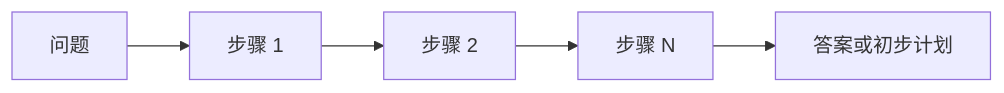
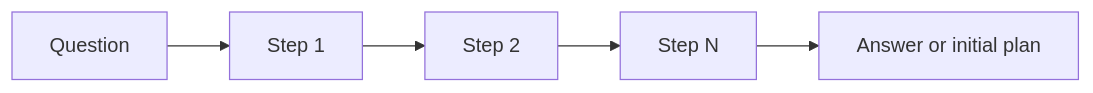
The third of 17 diagrams in docs/agent/02-reasoning-planning/11-llm-agent-planning.md (oneleaveknowsthefall/awesome-ai-roadmap), drawn with Mermaid before and after one commit. The commit also changed other lines of this file and 68 other files, not shown here.

````diff
--- a/docs/agent/02-reasoning-planning/11-llm-agent-planning.md
+++ b/docs/agent/02-reasoning-planning/11-llm-agent-planning.md
@@ -189,7 +189,7 @@
 ```mermaid
 flowchart LR
-    Q[问题] --> S1[步骤 1]
-    S1 --> S2[步骤 2]
-    S2 --> S3[步骤 N]
-    S3 --> A[答案或初步计划]
+    Q[Question] --> S1[Step 1]
+    S1 --> S2[Step 2]
+    S2 --> S3[Step N]
+    S3 --> A[Answer or initial plan]
 ```
````
